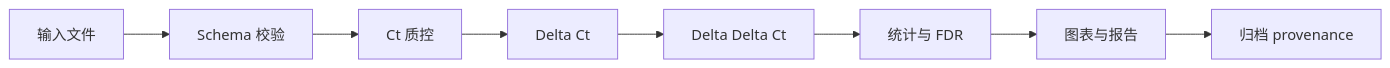
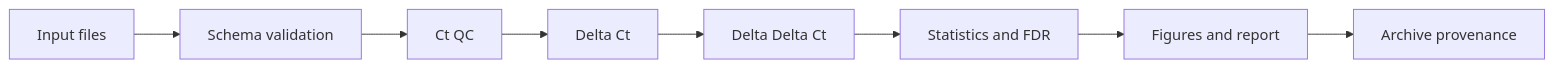
Before and after one commit to Echo-nannan/rt-qpcr-protocol-guide: the diagram in docs/06-automation-pipeline.md, drawn with Mermaid. The commit also changed other lines of this file and 26 other files, not shown here.

````diff
--- a/docs/06-automation-pipeline.md
+++ b/docs/06-automation-pipeline.md
@@ -9,10 +9,10 @@
 ```mermaid
 flowchart LR
-    A["输入文件"] --> B["Schema 校验"]
-    B --> C["Ct 质控"]
+    A["Input files"] --> B["Schema validation"]
+    B --> C["Ct QC"]
     C --> D["Delta Ct"]
     D --> E["Delta Delta Ct"]
-    E --> F["统计与 FDR"]
-    F --> G["图表与报告"]
-    G --> H["归档 provenance"]
+    E --> F["Statistics and FDR"]
+    F --> G["Figures and report"]
+    G --> H["Archive provenance"]
 ```
````
